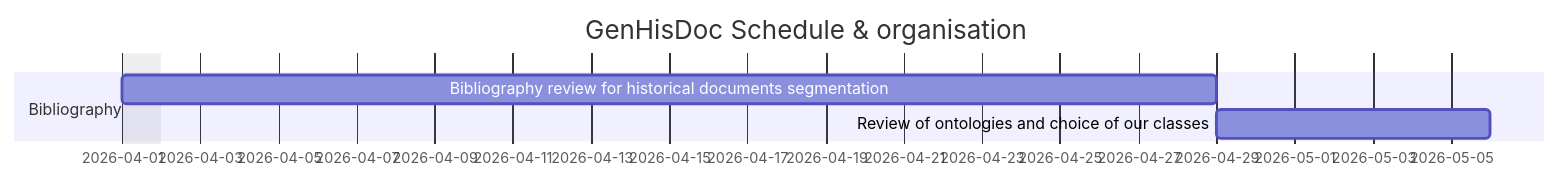
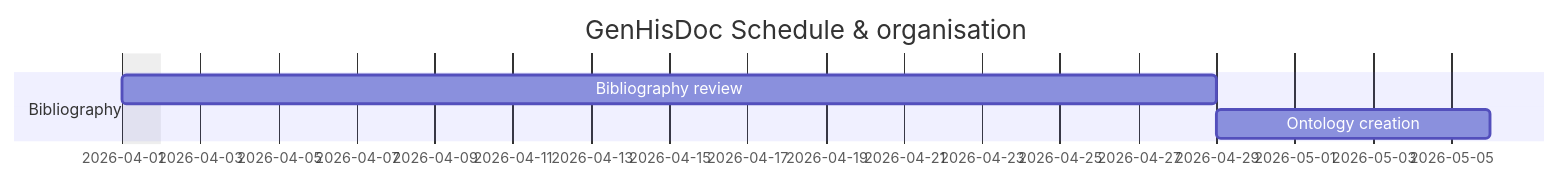
The diagram in README.md (Anarchiviste/GenHisDoc_Lab), drawn with Mermaid before and after one commit.

````diff
--- a/README.md
+++ b/README.md
@@ -59,10 +59,10 @@
 ```mermaid
 gantt
     title GenHisDoc Schedule & organisation
     dateformat yyyy-mm-dd
     excludes 2026-04-01,2026-07-01
 
     section Bibliography
-        Bibliography review for historical documents segmentation   :a1, 2026-04-01, 28d
-        Review of ontologies and choice of our classes  : after a1, 7d
+        Bibliography review   :a1, 2026-04-01, 28d
+        Ontology creation  : after a1, 7d
 ```
````
